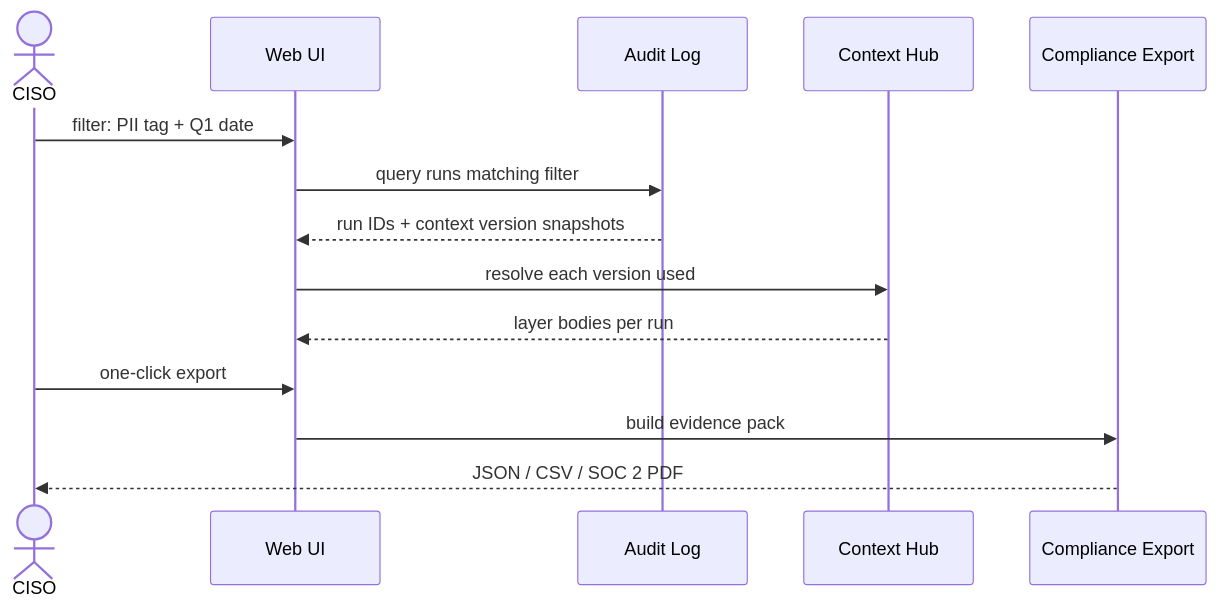
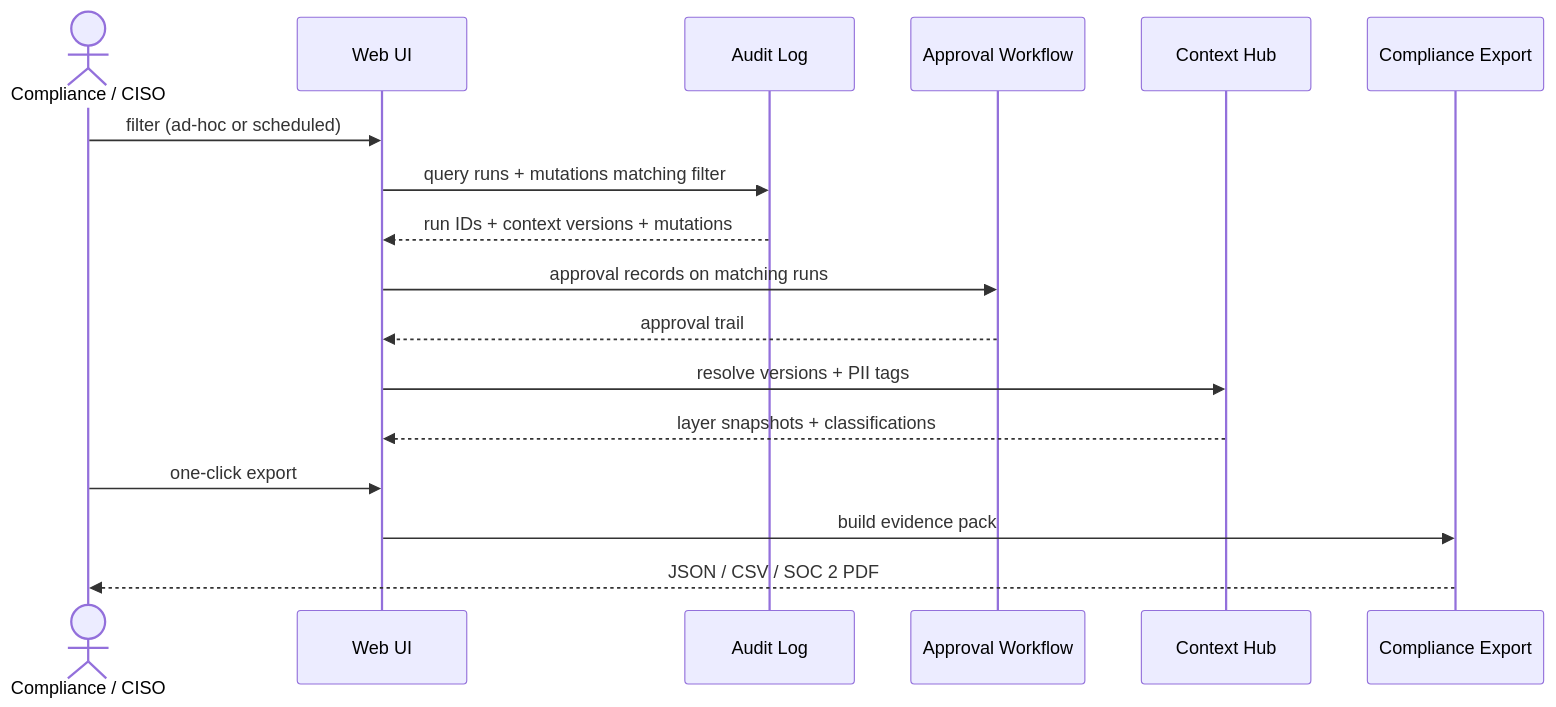
Before and after one commit to phuc-nt/dandori-pitch: the fourth of 8 diagrams in workflows.md, drawn with Mermaid. The commit also changed other lines of this file, not shown here.

Commit message:
docs: trim workflows from 12 to 8 iconic scenarios, merge CISO+Compliance into one

````diff
--- a/workflows.md
+++ b/workflows.md
@@ -92,17 +92,20 @@
 ```mermaid
 sequenceDiagram
-    actor CISO
+    actor Comp as Compliance / CISO
     participant UI as Web UI
     participant AL as Audit Log
+    participant AW as Approval Workflow
     participant CH as Context Hub
     participant Exp as Compliance Export
 
-    CISO->>UI: filter: PII tag + Q1 date
-    UI->>AL: query runs matching filter
-    AL-->>UI: run IDs + context version snapshots
-    UI->>CH: resolve each version used
-    CH-->>UI: layer bodies per run
-    CISO->>UI: one-click export
+    Comp->>UI: filter (ad-hoc or scheduled)
+    UI->>AL: query runs + mutations matching filter
+    AL-->>UI: run IDs + context versions + mutations
+    UI->>AW: approval records on matching runs
+    AW-->>UI: approval trail
+    UI->>CH: resolve versions + PII tags
+    CH-->>UI: layer snapshots + classifications
+    Comp->>UI: one-click export
     UI->>Exp: build evidence pack
-    Exp-->>CISO: JSON / CSV / SOC 2 PDF
+    Exp-->>Comp: JSON / CSV / SOC 2 PDF
 ```
````
